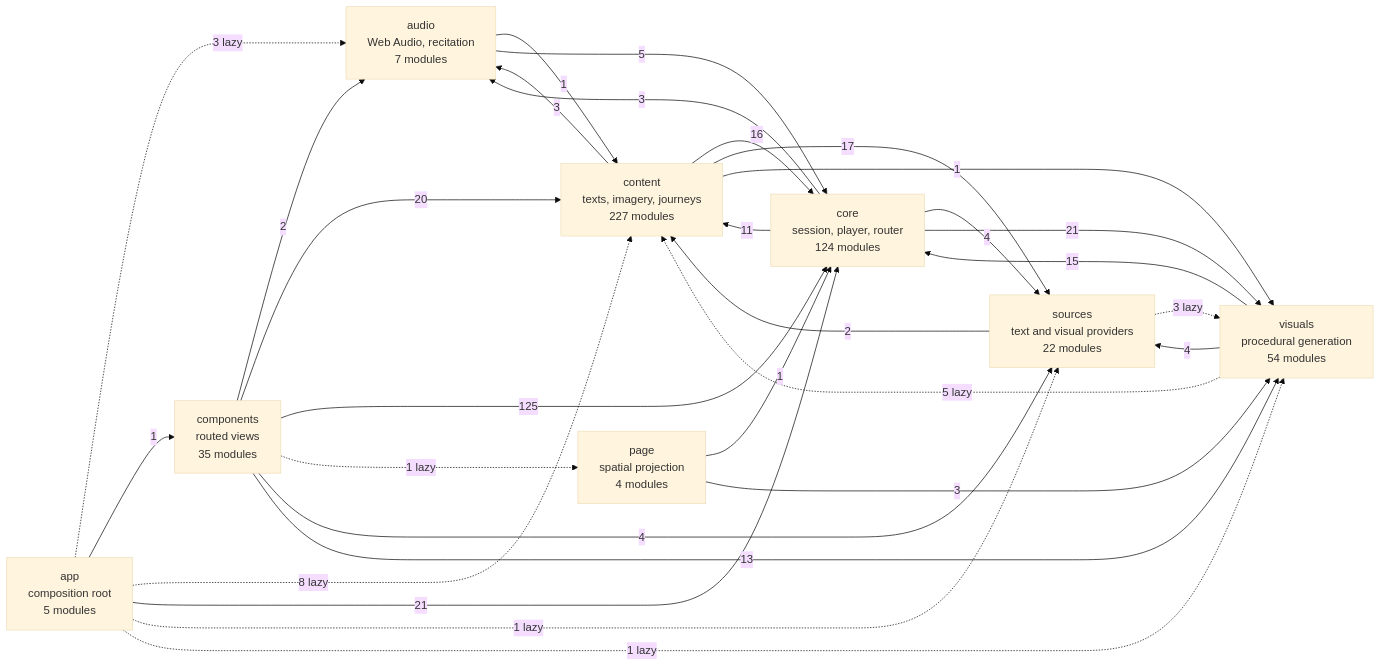
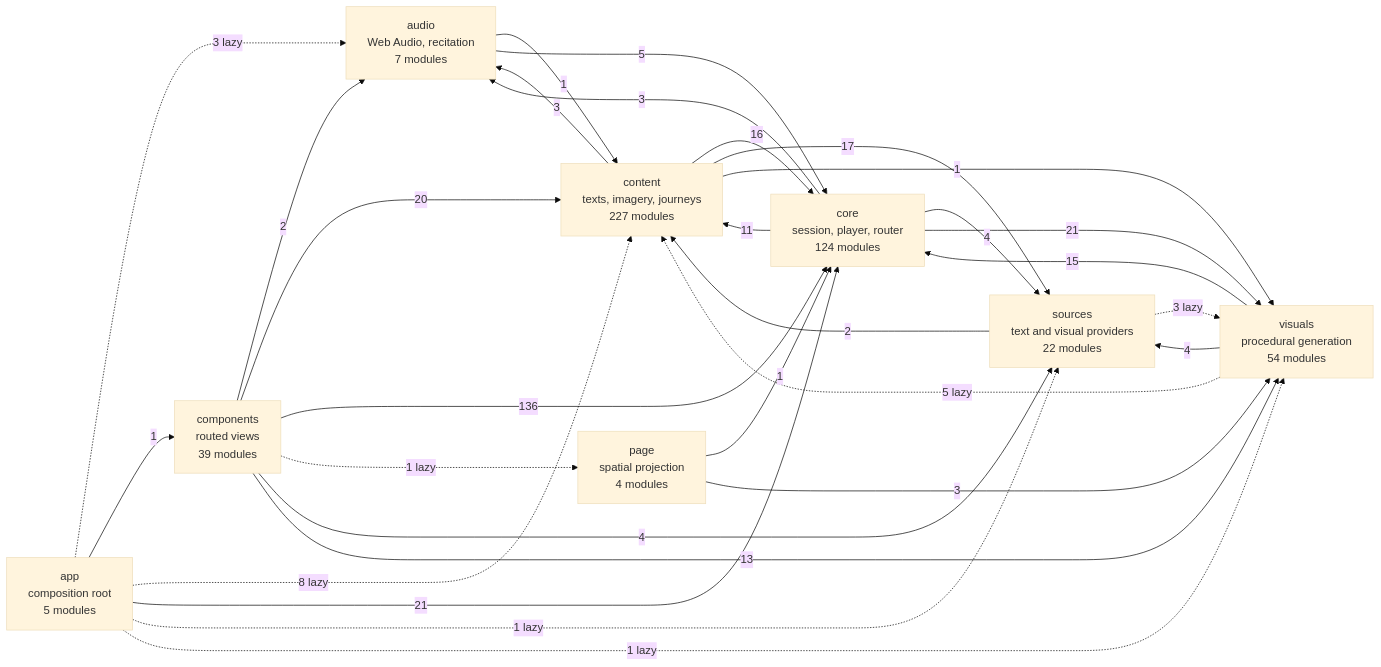
One commit to SyberLabs/RISE changed the diagram in docs/specs/ARCHITECTURE.md. Above: the diagram before and after it, drawn with Mermaid (base theme).

Commit message:
The diagram counts the scene and stage components
It was regenerated before those files were committed, and the generator
reads the committed tree.

````diff
--- a/docs/specs/ARCHITECTURE.md
+++ b/docs/specs/ARCHITECTURE.md
@@ -149,41 +149,41 @@
 ```mermaid
 flowchart LR
     app["app<br/>composition root<br/>5 modules"]
     audio["audio<br/>Web Audio, recitation<br/>7 modules"]
-    components["components<br/>routed views<br/>35 modules"]
+    components["components<br/>routed views<br/>39 modules"]
     content["content<br/>texts, imagery, journeys<br/>227 modules"]
     core["core<br/>session, player, router<br/>124 modules"]
     page["page<br/>spatial projection<br/>4 modules"]
     sources["sources<br/>text and visual providers<br/>22 modules"]
     visuals["visuals<br/>procedural generation<br/>54 modules"]
 
     app -.-> |3 lazy| audio
     app --> |1| components
     app -.-> |8 lazy| content
     app --> |21| core
     app -.-> |1 lazy| sources
     app -.-> |1 lazy| visuals
     audio --> |1| content
     audio --> |5| core
     components --> |2| audio
     components --> |20| content
-    components --> |125| core
+    components --> |136| core
     components -.-> |1 lazy| page
     components --> |4| sources
     components --> |13| visuals
     content --> |3| audio
     content --> |16| core
     content --> |17| sources
     content --> |1| visuals
     core --> |3| audio
     core --> |11| content
     core --> |4| sources
     core --> |21| visuals
     page --> |1| core
     page --> |3| visuals
     sources --> |2| content
     sources -.-> |3 lazy| visuals
     visuals -.-> |5 lazy| content
     visuals --> |15| core
     visuals --> |4| sources
 ```
````
